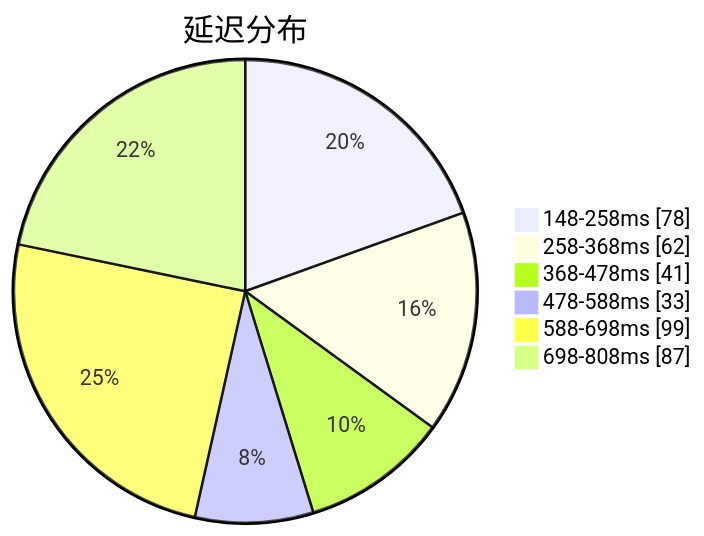
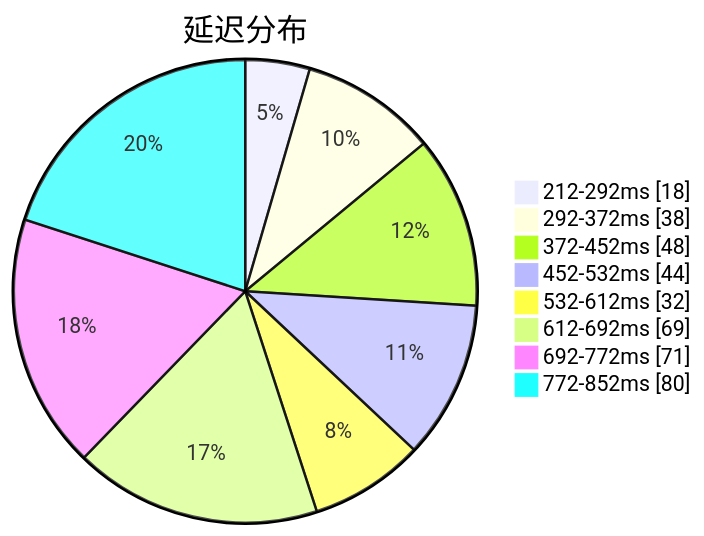
One commit to qjlxg/airport changed the first of 3 diagrams in subs/statistics/tested_within.md. Above: the diagram before and after it, drawn with Mermaid. The commit also changed other lines of this file and 2 other files, not shown here.

Commit message:
Tested by metaST

````diff
--- a/subs/statistics/tested_within.md
+++ b/subs/statistics/tested_within.md
@@ -2,10 +2,12 @@
 ```mermaid
 pie showData
 title 延迟分布
-"148-258ms" : 78
-"258-368ms" : 62
-"368-478ms" : 41
-"478-588ms" : 33
-"588-698ms" : 99
-"698-808ms" : 87
+"212-292ms" : 18
+"292-372ms" : 38
+"372-452ms" : 48
+"452-532ms" : 44
+"532-612ms" : 32
+"612-692ms" : 69
+"692-772ms" : 71
+"772-852ms" : 80
 ```
````
